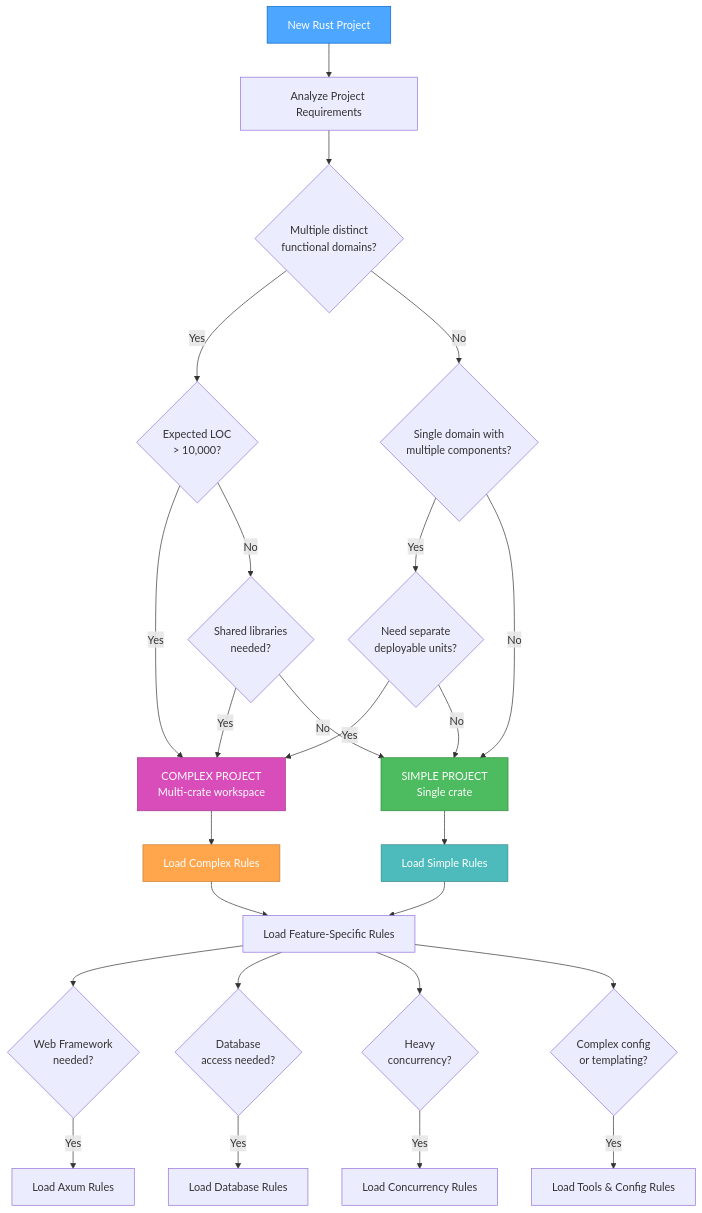
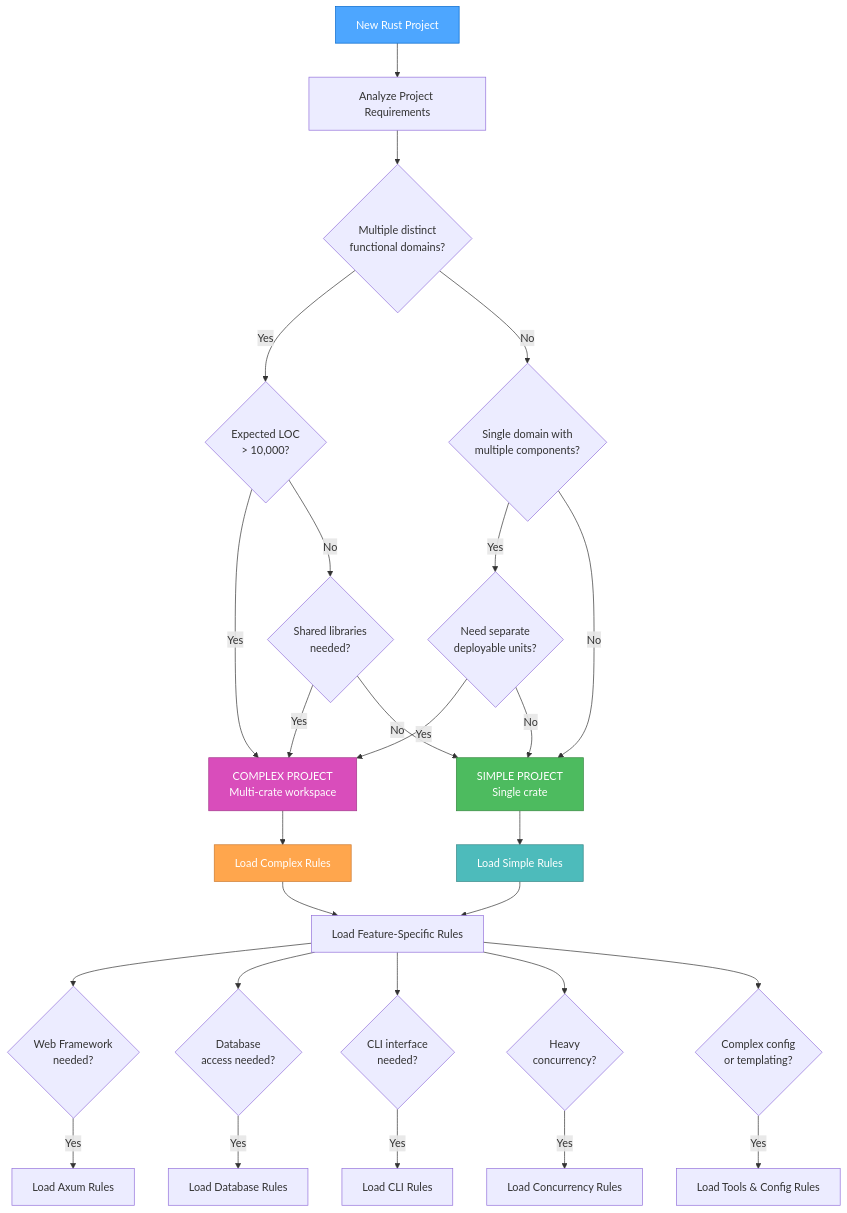
One commit to JunaYa/cursor-rust-rules changed the first of 3 diagrams in .cursor/rules/rust/main.mdc. Above: the diagram before and after it, drawn with Mermaid. The commit also changed other lines of this file and 3 other files, not shown here.

Commit message:
feature: add cli rules

````diff
--- a/.cursor/rules/rust/main.mdc
+++ b/.cursor/rules/rust/main.mdc
@@ -12,39 +12,41 @@
 ```mermaid
 graph TD
     Start["New Rust Project"] --> Analyze["Analyze Project Requirements"]
     Analyze --> Q1{"Multiple distinct<br>functional domains?"}
     Q1 -->|Yes| Q2{"Expected LOC<br>> 10,000?"}
     Q1 -->|No| Q3{"Single domain with<br>multiple components?"}
 
     Q2 -->|Yes| Complex["COMPLEX PROJECT<br>Multi-crate workspace"]
     Q2 -->|No| Q4{"Shared libraries<br>needed?"}
     Q4 -->|Yes| Complex
     Q4 -->|No| Simple["SIMPLE PROJECT<br>Single crate"]
 
     Q3 -->|Yes| Q5{"Need separate<br>deployable units?"}
     Q3 -->|No| Simple
     Q5 -->|Yes| Complex
     Q5 -->|No| Simple
 
     Complex --> LoadComplex["Load Complex Rules"]
     Simple --> LoadSimple["Load Simple Rules"]
 
     LoadComplex --> Features["Load Feature-Specific Rules"]
     LoadSimple --> Features
 
     Features --> Web{"Web Framework<br>needed?"}
     Features --> DB{"Database<br>access needed?"}
+    Features --> CLI{"CLI interface<br>needed?"}
     Features --> Concurrent{"Heavy<br>concurrency?"}
     Features --> Config{"Complex config<br>or templating?"}
 
     Web -->|Yes| WebRules["Load Axum Rules"]
     DB -->|Yes| DBRules["Load Database Rules"]
+    CLI -->|Yes| CLIRules["Load CLI Rules"]
     Concurrent -->|Yes| ConcurrencyRules["Load Concurrency Rules"]
     Config -->|Yes| ToolsRules["Load Tools & Config Rules"]
 
     style Start fill:#4da6ff,stroke:#0066cc,color:white
     style Complex fill:#d94dbb,stroke:#a3378a,color:white
     style Simple fill:#4dbb5f,stroke:#36873f,color:white
     style LoadComplex fill:#ffa64d,stroke:#cc7a30,color:white
     style LoadSimple fill:#4dbbbb,stroke:#368787,color:white
 ```
````
